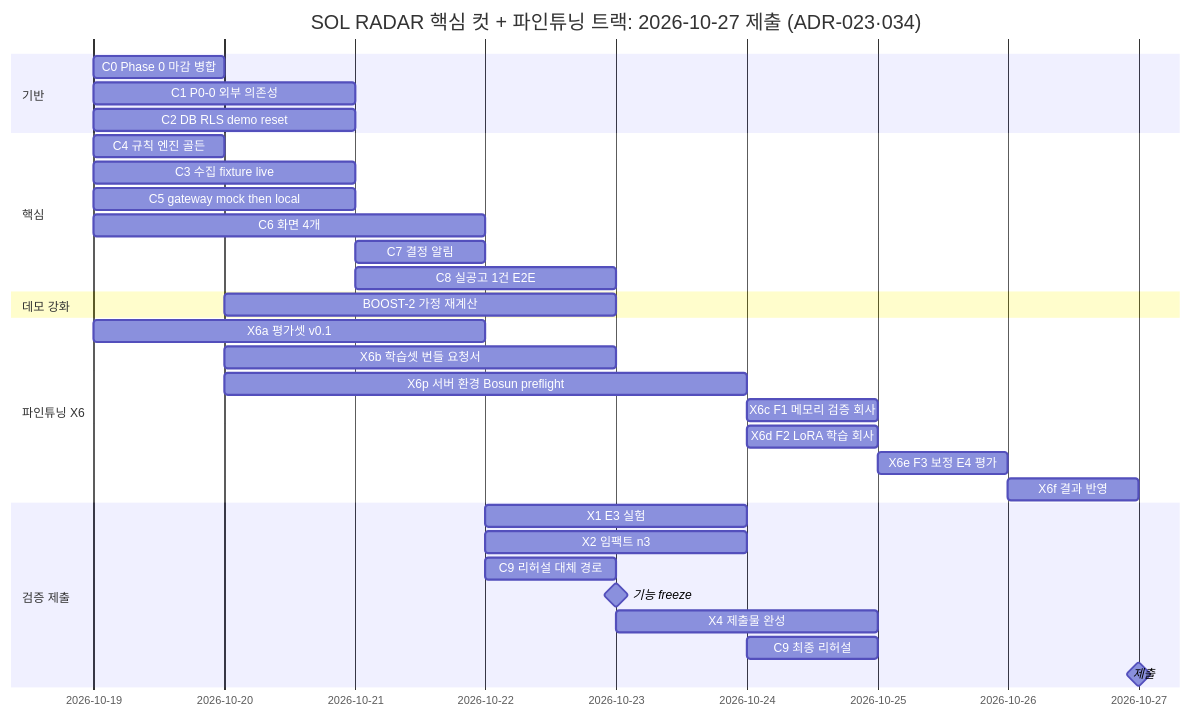
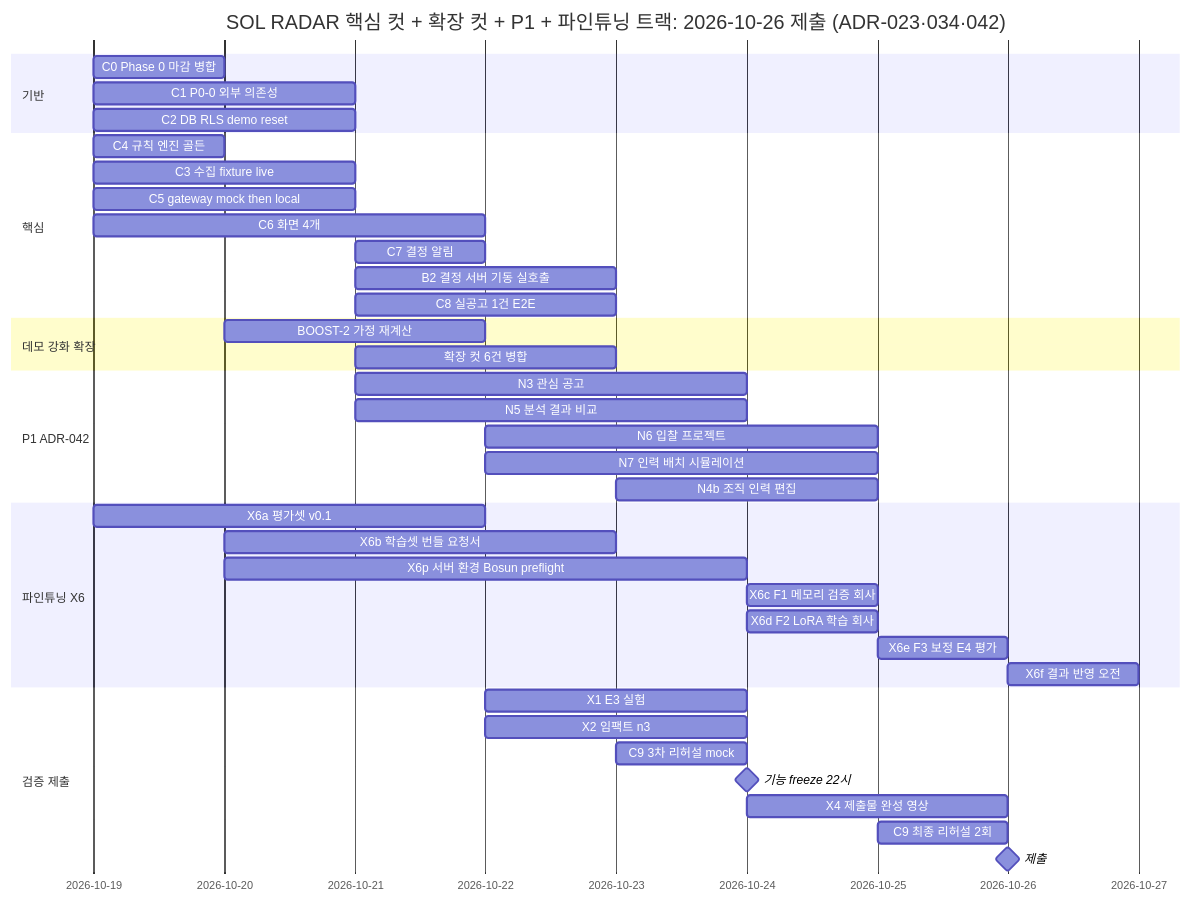
Before and after one commit to solideoai/sol-radar: the diagram in docs/12-ROADMAP.md, drawn with Mermaid. The commit also changed other lines of this file and 13 other files, not shown here.

````diff
--- a/docs/12-ROADMAP.md
+++ b/docs/12-ROADMAP.md
@@ -130,34 +131,42 @@
 ```mermaid
 gantt
- title SOL RADAR 핵심 컷 + 파인튜닝 트랙: 2026-10-27 제출 (ADR-023·034)
+ title SOL RADAR 핵심 컷 + 확장 컷 + P1 + 파인튜닝 트랙: 2026-10-26 제출 (ADR-023·034·042)
  dateFormat YYYY-MM-DD
  section 기반
  C0 Phase 0 마감 병합 :c0, 2026-10-19, 1d
  C1 P0-0 외부 의존성 :c1, 2026-10-19, 2d
  C2 DB RLS demo reset :c2, 2026-10-19, 2d
  section 핵심
  C4 규칙 엔진 골든 :c4, 2026-10-19, 1d
  C3 수집 fixture live :c3, 2026-10-19, 2d
  C5 gateway mock then local :c5, 2026-10-19, 2d
  C6 화면 4개 :c6, 2026-10-19, 3d
  C7 결정 알림 :c7, 2026-10-21, 1d
+ B2 결정 서버 기동 실호출 :b2s, 2026-10-21, 2d
  C8 실공고 1건 E2E :c8, 2026-10-21, 2d
- section 데모 강화
- BOOST-2 가정 재계산 :b2, 2026-10-20, 3d
+ section 데모 강화 확장
+ BOOST-2 가정 재계산 :b2, 2026-10-20, 2d
+ 확장 컷 6건 병합 :x5, 2026-10-21, 2d
+ section P1 ADR-042
+ N3 관심 공고 :p11, 2026-10-21, 3d
+ N5 분석 결과 비교 :p12, 2026-10-21, 3d
+ N6 입찰 프로젝트 :p13, 2026-10-22, 3d
+ N7 인력 배치 시뮬레이션 :p14, 2026-10-22, 3d
+ N4b 조직 인력 편집 :p15, 2026-10-23, 2d
  section 파인튜닝 X6
  X6a 평가셋 v0.1 :x6a, 2026-10-19, 3d
  X6b 학습셋 번들 요청서 :x6b, 2026-10-20, 3d
  X6p 서버 환경 Bosun preflight :x6p, 2026-10-20, 4d
  X6c F1 메모리 검증 회사 :x6c, 2026-10-24, 1d
  X6d F2 LoRA 학습 회사 :x6d, 2026-10-24, 1d
  X6e F3 보정 E4 평가 :x6e, 2026-10-25, 1d
- X6f 결과 반영 :x6f, 2026-10-26, 1d
+ X6f 결과 반영 오전 :x6f, 2026-10-26, 1d
  section 검증 제출
  X1 E3 실험 :x1, 2026-10-22, 2d
  X2 임팩트 n3 :x2, 2026-10-22, 2d
- C9 리허설 대체 경로 :c9, 2026-10-22, 1d
- 기능 freeze :milestone, mf, 2026-10-23, 0d
- X4 제출물 완성 :x4, 2026-10-23, 2d
- C9 최종 리허설 :c9b, 2026-10-24, 1d
- 제출 :milestone, ms, 2026-10-27, 0d
+ C9 3차 리허설 mock :c9, 2026-10-23, 1d
+ 기능 freeze 22시 :milestone, mf, 2026-10-24, 0d
+ X4 제출물 완성 영상 :x4, 2026-10-24, 2d
+ C9 최종 리허설 2회 :c9b, 2026-10-25, 1d
+ 제출 :milestone, ms, 2026-10-26, 0d
 ```
````
